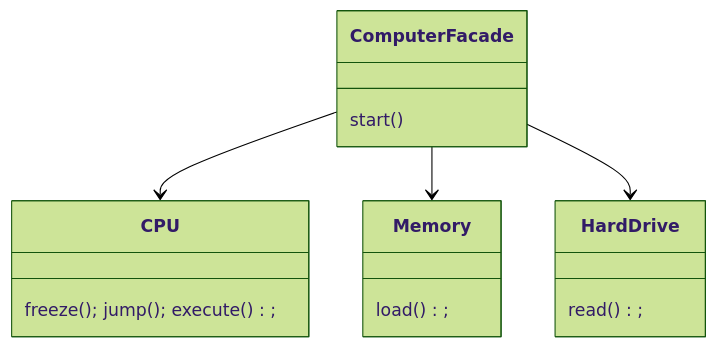
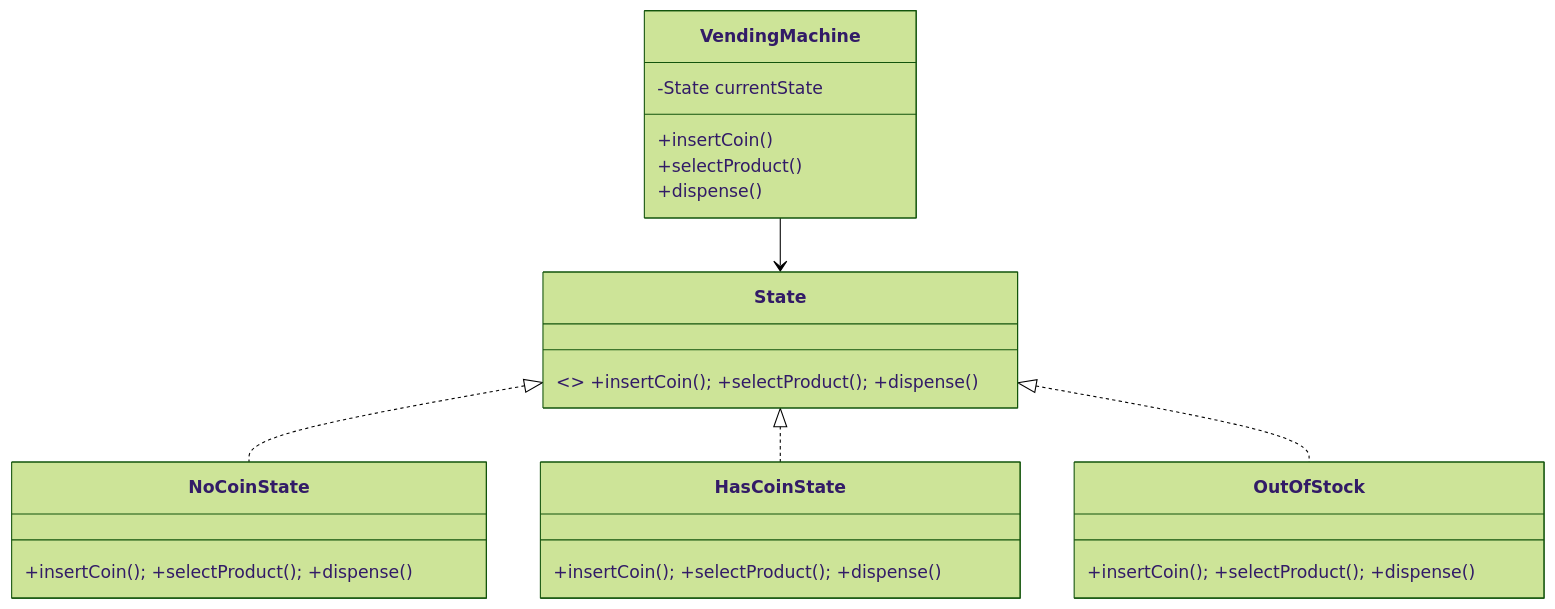
One commit to Ankitsinghsisodya/Low-level-design changed diagram 23 of 26 in README.md. Above: the diagram before and after it, drawn with Mermaid (forest theme). The commit also changed other lines of this file, not shown here.

````diff
--- a/README.md
+++ b/README.md
@@ -385,10 +1128,17 @@
 ```mermaid
 classDiagram
-    class ComputerFacade { start() }
-    class CPU { freeze(); jump(); execute(); }
-    class Memory { load(); }
-    class HardDrive { read(); }
-    ComputerFacade --> CPU
-    ComputerFacade --> Memory
-    ComputerFacade --> HardDrive
+    class VendingMachine {
+        -State currentState
+        +insertCoin()
+        +selectProduct()
+        +dispense()
+    }
+    class State { <<interface>> +insertCoin(); +selectProduct(); +dispense() }
+    class NoCoinState   { +insertCoin(); +selectProduct(); +dispense() }
+    class HasCoinState  { +insertCoin(); +selectProduct(); +dispense() }
+    class OutOfStock    { +insertCoin(); +selectProduct(); +dispense() }
+    VendingMachine --> State
+    State <|.. NoCoinState
+    State <|.. HasCoinState
+    State <|.. OutOfStock
 ```
````
